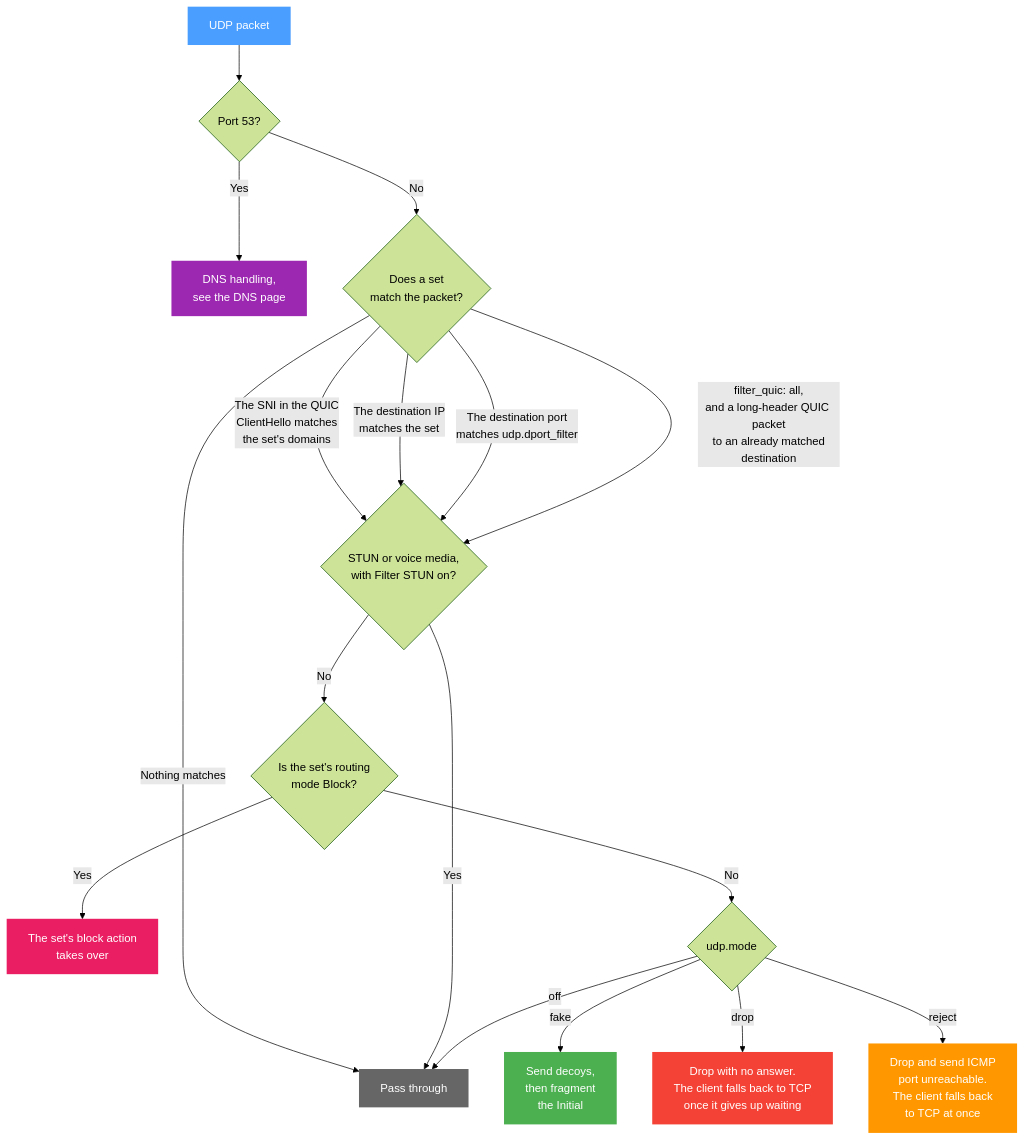
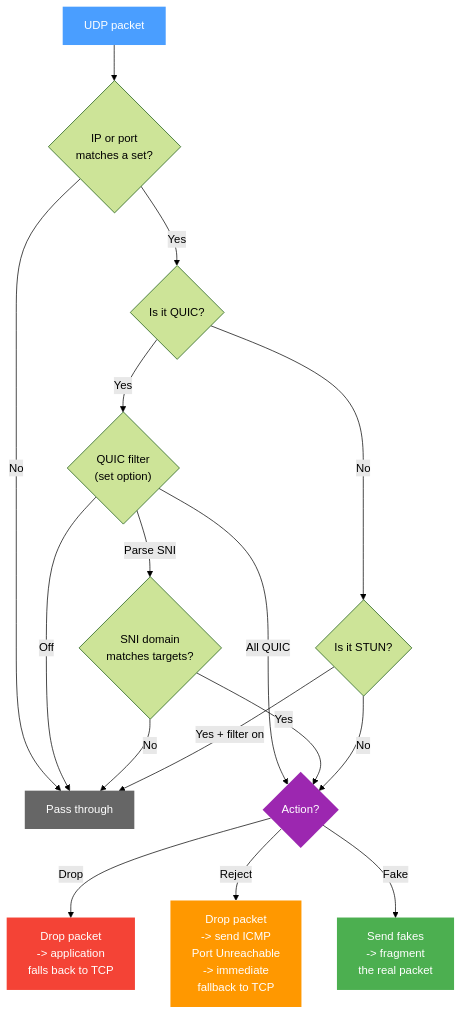
One commit to DanielLavrushin/b4 changed the diagram in docs/docs/sets/udp.md. Above: the diagram before and after it, drawn with Mermaid (forest theme). The commit also changed other lines of this file and 163 other files, not shown here.

````diff
--- a/docs/docs/sets/udp.md
+++ b/docs/docs/sets/udp.md
@@ -15,32 +13,30 @@
 ```mermaid
 flowchart TD
-    A["UDP packet"] --> DNS{"Port 53?"}
-    DNS -->|"Yes"| D["DNS handling,\nsee the DNS page"]
-    DNS -->|"No"| M{"Does a set\nmatch the packet?"}
+    A["UDP packet"] --> B{"IP or port\nmatches a set?"}
+    B -->|"No"| PASS["Pass through"]
+    B -->|"Yes"| C{"Is it QUIC?"}
 
-    M -->|"The SNI in the QUIC\nClientHello matches\nthe set's domains"| STUN
-    M -->|"The destination IP\nmatches the set"| STUN
-    M -->|"The destination port\nmatches udp.dport_filter"| STUN
-    M -->|"filter_quic: all,\nand a long-header QUIC packet\nto an already matched\ndestination"| STUN
-    M -->|"Nothing matches"| PASS["Pass through"]
+    C -->|"No"| STUN{"Is it STUN?"}
+    C -->|"Yes"| D{"QUIC filter\n(set option)"}
 
-    STUN{"STUN or voice media,\nwith Filter STUN on?"}
-    STUN -->|"Yes"| PASS
-    STUN -->|"No"| BLOCK{"Is the set's routing\nmode Block?"}
+    D -->|"Off"| PASS
+    D -->|"All QUIC"| ACTION
+    D -->|"Parse SNI"| E{"SNI domain\nmatches targets?"}
+    E -->|"Yes"| ACTION
+    E -->|"No"| PASS
 
-    BLOCK -->|"Yes"| BACT["The set's block action\ntakes over"]
-    BLOCK -->|"No"| ACTION{"udp.mode"}
+    STUN -->|"Yes + filter on"| PASS
+    STUN -->|"No"| ACTION
 
-    ACTION -->|"off"| PASS
-    ACTION -->|"fake"| FAKE["Send decoys,\nthen fragment\nthe Initial"]
-    ACTION -->|"drop"| DROP["Drop with no answer.\nThe client falls back to TCP\nonce it gives up waiting"]
-    ACTION -->|"reject"| REJECT["Drop and send ICMP\nport unreachable.\nThe client falls back\nto TCP at once"]
+    ACTION{"Action?"}
+    ACTION -->|"Drop"| DROP["Drop packet\n-> application\nfalls back to TCP"]
+    ACTION -->|"Reject"| REJECT["Drop packet\n-> send ICMP\nPort Unreachable\n-> immediate\nfallback to TCP"]
+    ACTION -->|"Fake"| FAKE["Send fakes\n-> fragment\nthe real packet"]
 
     style A fill:#4a9eff,color:#fff,stroke:none
-    style D fill:#9c27b0,color:#fff,stroke:none
     style PASS fill:#666,color:#fff,stroke:none
-    style BACT fill:#e91e63,color:#fff,stroke:none
     style DROP fill:#f44336,color:#fff,stroke:none
     style REJECT fill:#ff9800,color:#fff,stroke:none
     style FAKE fill:#4caf50,color:#fff,stroke:none
+    style ACTION fill:#9c27b0,color:#fff,stroke:none
 ```
````
